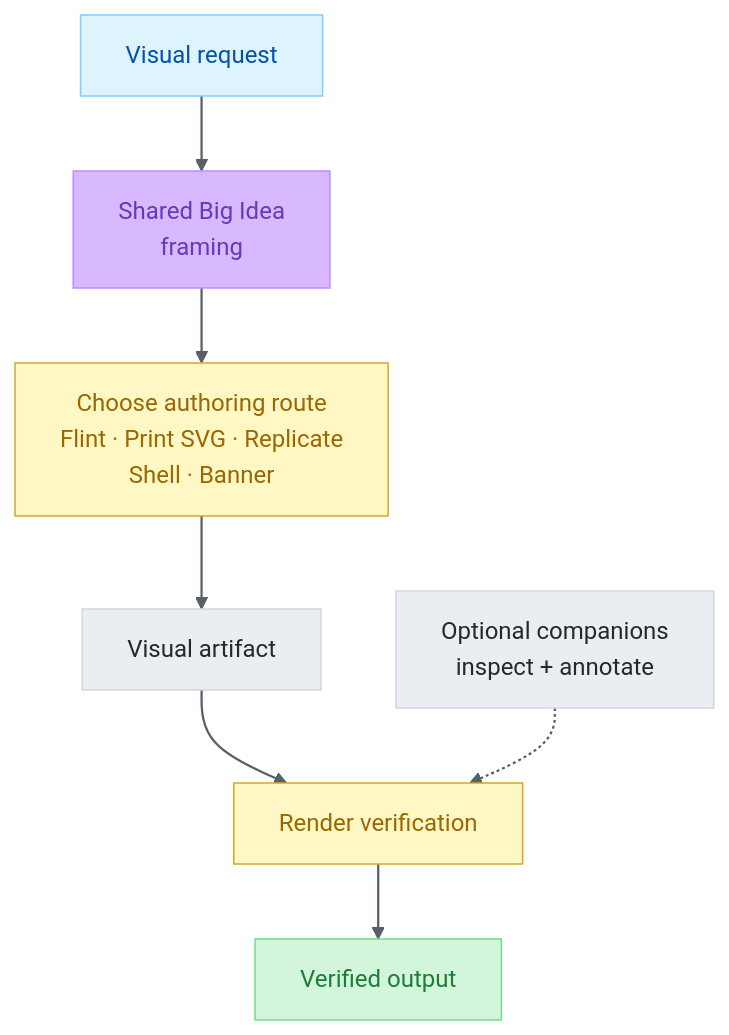
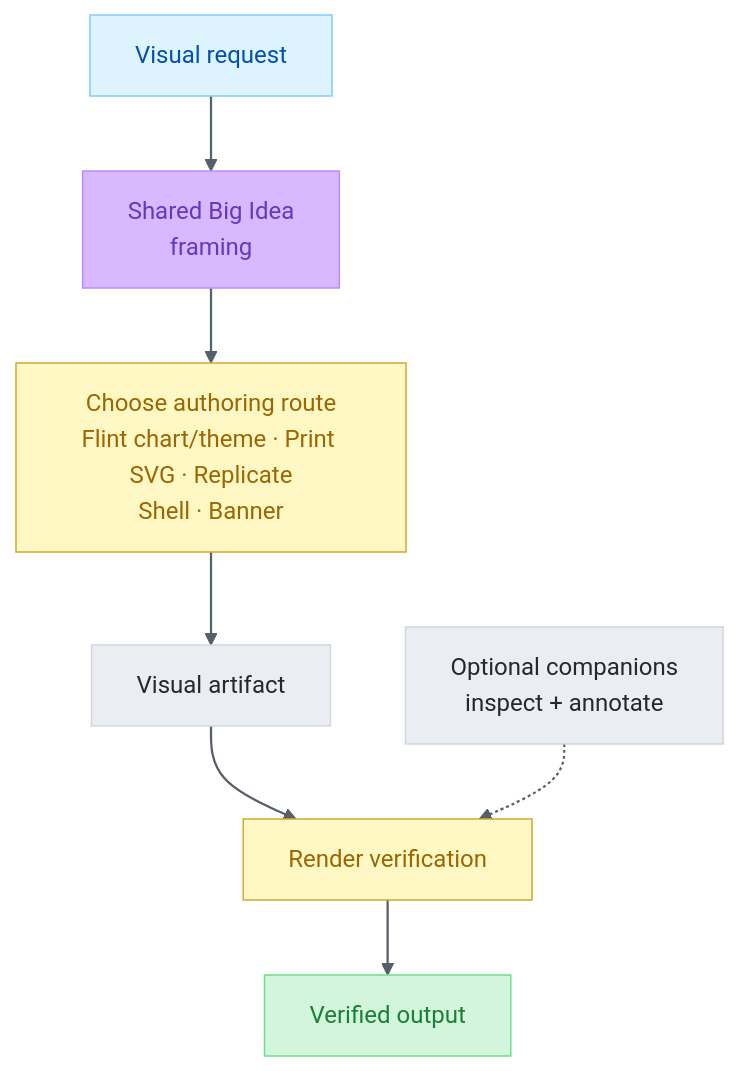
One commit to fabioc-aloha/Alex_ACT_Illustrator_Plugin changed the diagram in README.md. Above: the diagram before and after it, drawn with Mermaid. The commit also changed other lines of this file and 19 other files, not shown here.

````diff
--- a/README.md
+++ b/README.md
@@ -56,21 +58,21 @@
 ```mermaid
 %%{init: {"theme":"base","themeVariables":{"edgeLabelBackground":"#ffffff","lineColor":"#57606a","primaryColor":"#ddf4ff"}}}%%
 flowchart TB
     A["Visual request"]:::blue
     B["Shared Big Idea<br/>framing"]:::purple
-  C["Choose authoring route<br/>Flint · Print SVG · Replicate<br/>Shell · Banner"]:::gold
+  C["Choose authoring route<br/>Flint chart/theme · Print SVG · Replicate<br/>Shell · Banner"]:::gold
     G["Visual artifact"]:::neutral
     H["Render verification"]:::gold
     I["Verified output"]:::green
     J["Optional companions<br/>inspect + annotate"]:::neutral
 
   A --> B --> C --> G --> H --> I
     J -.-> H
 
     classDef blue fill:#ddf4ff,stroke:#80ccff,color:#0550ae
     classDef green fill:#d3f5db,stroke:#6fdd8b,color:#1a7f37
     classDef purple fill:#d8b9ff,stroke:#bf8aff,color:#6639ba
     classDef gold fill:#fff8c5,stroke:#d4a72c,color:#9a6700
     classDef neutral fill:#eaeef2,stroke:#d0d7de,color:#24292f
     linkStyle default stroke:#57606a,stroke-width:1.5px
 ```
````
